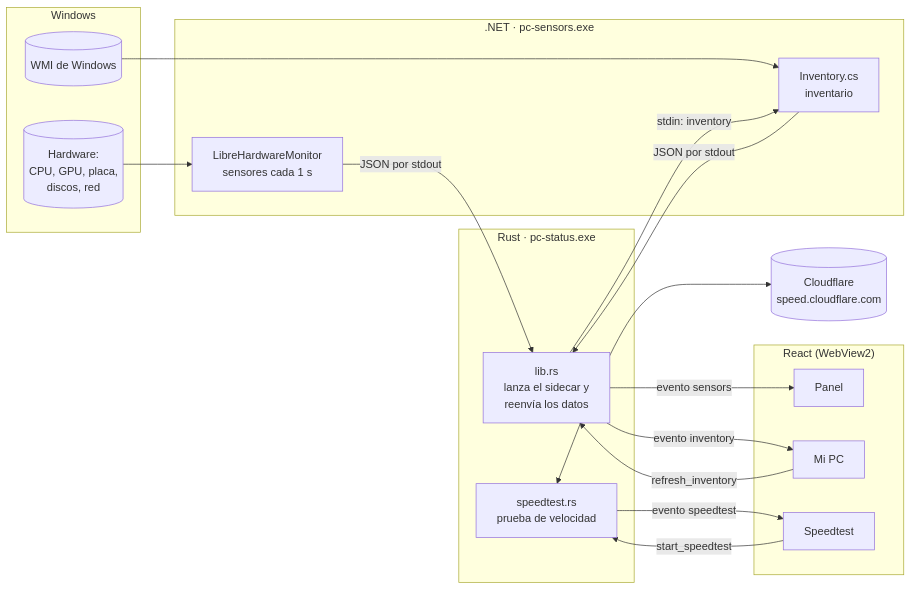
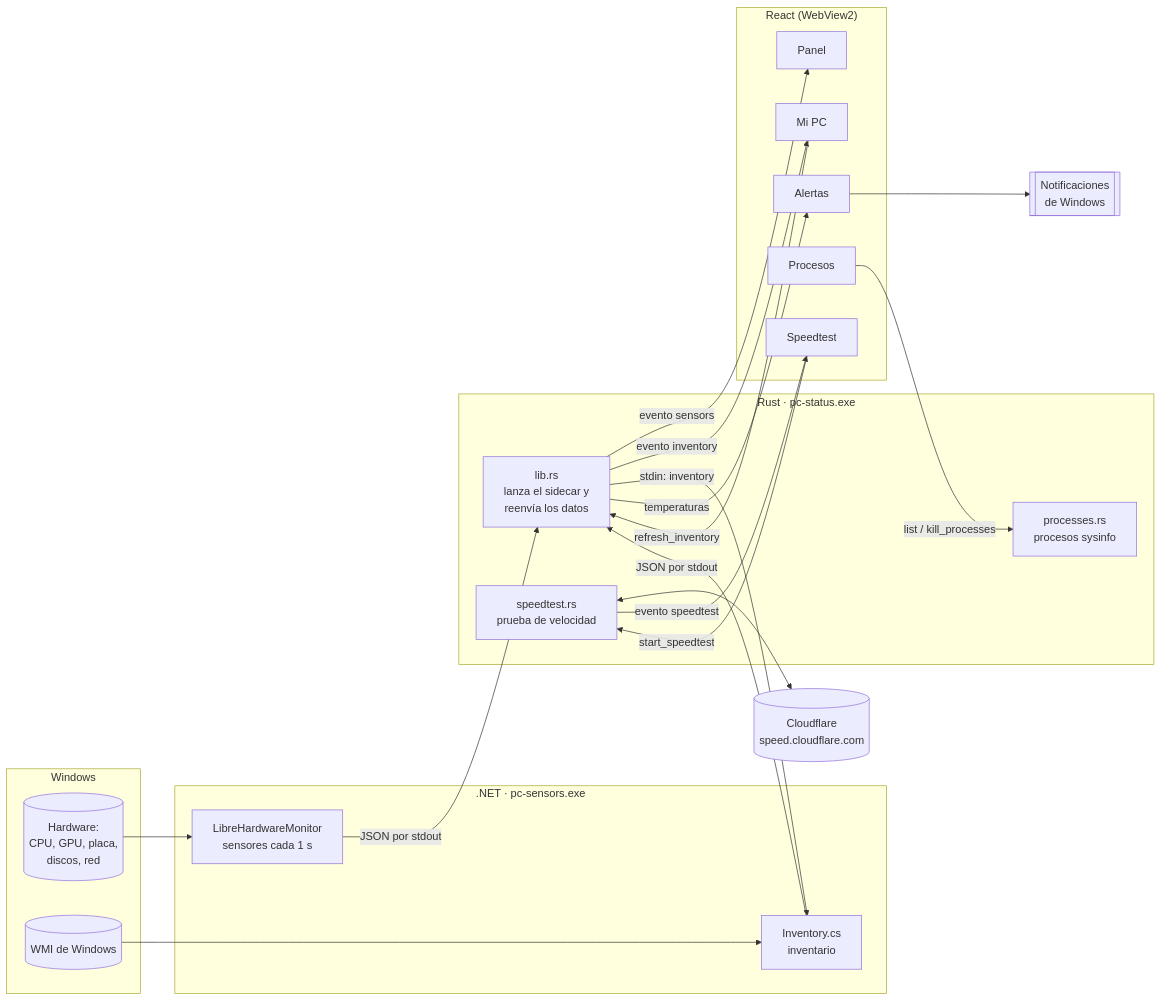
The diagram in README.md (Reingardo/Pc-Status), drawn with Mermaid before and after one commit. The commit also changed other lines of this file and 17 other files, not shown here.

Commit message:
Versión 0.2.0: README con Procesos, Alertas e idiomas y capturas nuevas

````diff
--- a/README.md
+++ b/README.md
@@ -146,37 +186,45 @@
 ```mermaid
 flowchart LR
     subgraph Windows
         HW[(Hardware:<br/>CPU, GPU, placa,<br/>discos, red)]
         WMI[(WMI de Windows)]
     end
 
     subgraph Sidecar [".NET · pc-sensors.exe"]
         LHM[LibreHardwareMonitor<br/>sensores cada 1 s]
         INV[Inventory.cs<br/>inventario]
     end
 
     subgraph Tauri ["Rust · pc-status.exe"]
         LIB[lib.rs<br/>lanza el sidecar y<br/>reenvía los datos]
         ST[speedtest.rs<br/>prueba de velocidad]
+        PR[processes.rs<br/>procesos sysinfo]
     end
 
     subgraph UI ["React (WebView2)"]
         P[Panel]
         M[Mi PC]
         S[Speedtest]
+        PS[Procesos]
+        AL[Alertas]
     end
+
+    WIN[[Notificaciones<br/>de Windows]]
 
     CF[(Cloudflare<br/>speed.cloudflare.com)]
 
     HW --> LHM
     WMI --> INV
     LHM -- "JSON por stdout" --> LIB
     INV -- "JSON por stdout" --> LIB
     LIB -- "evento sensors" --> P
     LIB -- "evento inventory" --> M
     M -- "refresh_inventory" --> LIB
     LIB -- "stdin: inventory" --> INV
     S -- "start_speedtest" --> ST
     ST <--> CF
     ST -- "evento speedtest" --> S
+    PS -- "list / kill_processes" --> PR
+    LIB -- "temperaturas" --> AL
+    AL --> WIN
 ```
````
